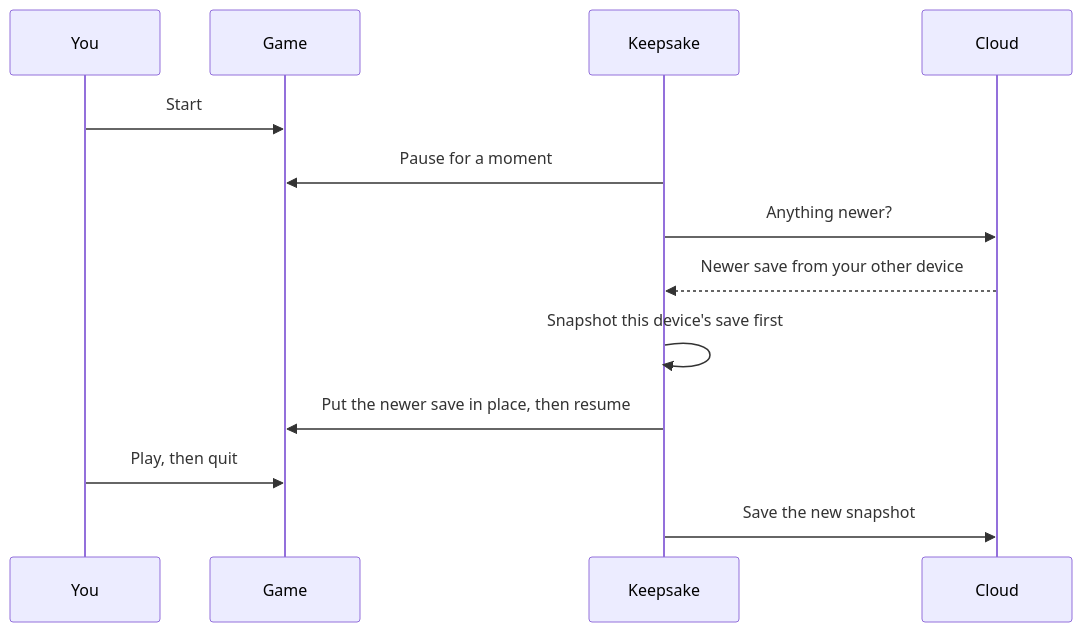
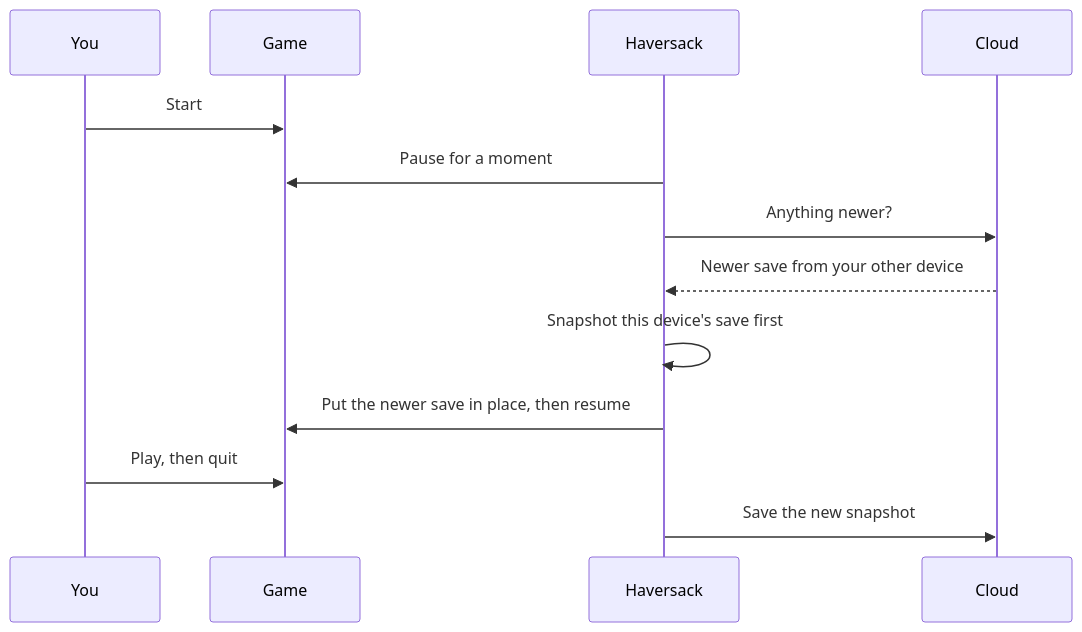
One commit to breakmylegs/haversack changed the first of 3 diagrams in docs/user/how-sync-works.md. Above: the diagram before and after it, drawn with Mermaid. The commit also changed other lines of this file and 35 other files, not shown here.

````diff
--- a/docs/user/how-sync-works.md
+++ b/docs/user/how-sync-works.md
@@ -15,15 +15,15 @@
 ```mermaid
 sequenceDiagram
     participant You
     participant Game
-    participant Keepsake
+    participant Haversack
     participant Cloud
     You->>Game: Start
-    Keepsake->>Game: Pause for a moment
-    Keepsake->>Cloud: Anything newer?
-    Cloud-->>Keepsake: Newer save from your other device
-    Keepsake->>Keepsake: Snapshot this device's save first
-    Keepsake->>Game: Put the newer save in place, then resume
+    Haversack->>Game: Pause for a moment
+    Haversack->>Cloud: Anything newer?
+    Cloud-->>Haversack: Newer save from your other device
+    Haversack->>Haversack: Snapshot this device's save first
+    Haversack->>Game: Put the newer save in place, then resume
     You->>Game: Play, then quit
-    Keepsake->>Cloud: Save the new snapshot
+    Haversack->>Cloud: Save the new snapshot
 ```
````
